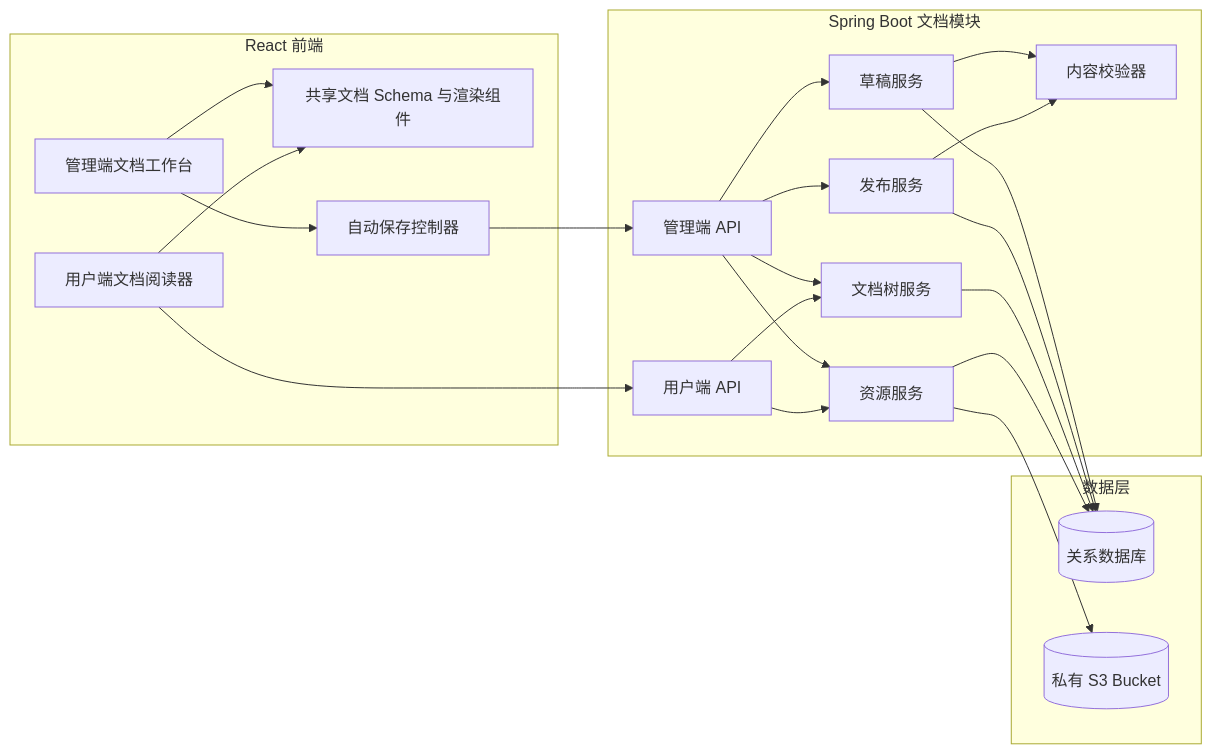
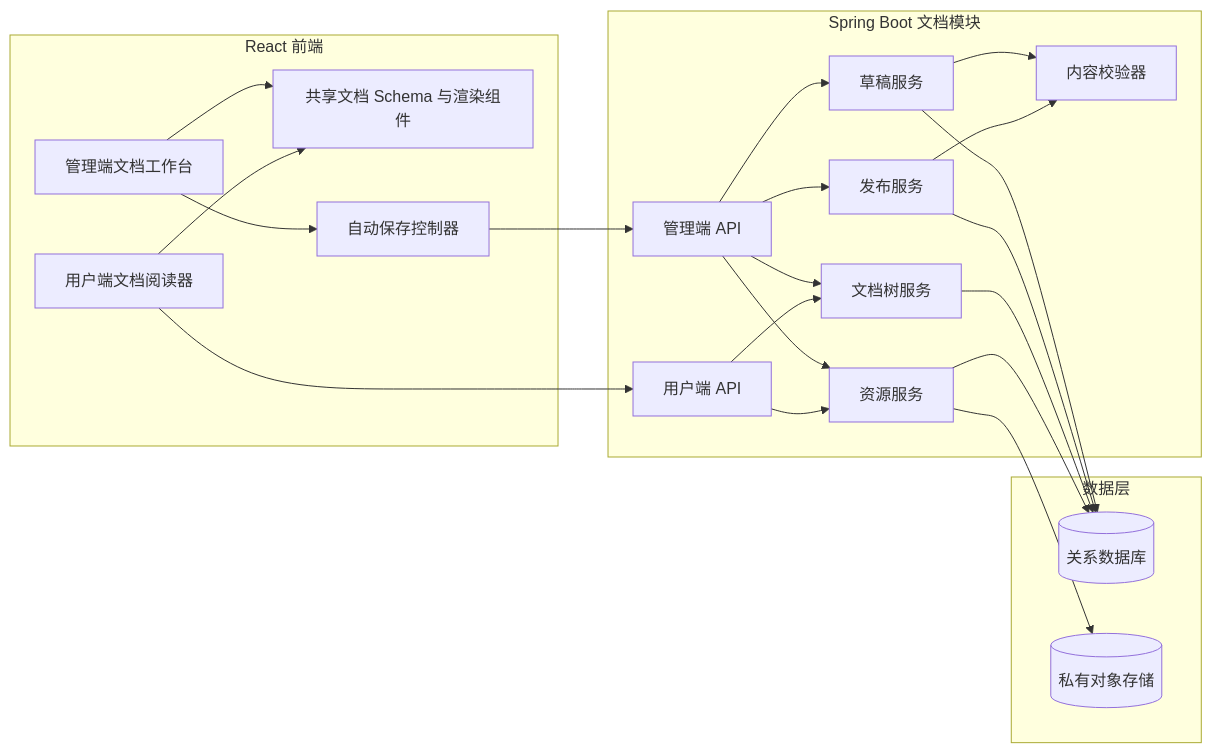
Before and after one commit to baron65/doc-editor: the diagram in docs/superpowers/specs/2026-07-01-document-publishing-technical-research.md, drawn with Mermaid. The commit also changed other lines of this file, not shown here.

````diff
--- a/docs/superpowers/specs/2026-07-01-document-publishing-technical-research.md
+++ b/docs/superpowers/specs/2026-07-01-document-publishing-technical-research.md
@@ -40,43 +75,43 @@
 ```mermaid
 flowchart LR
     subgraph FE[React 前端]
         Admin[管理端文档工作台]
         Reader[用户端文档阅读器]
         Schema[共享文档 Schema 与渲染组件]
         AutoSave[自动保存控制器]
         Admin --> Schema
         Reader --> Schema
         Admin --> AutoSave
     end
 
     subgraph BE[Spring Boot 文档模块]
         AdminApi[管理端 API]
         UserApi[用户端 API]
         DraftService[草稿服务]
         PublishService[发布服务]
         TreeService[文档树服务]
         AssetService[资源服务]
         Validator[内容校验器]
         AdminApi --> DraftService
         AdminApi --> PublishService
         AdminApi --> TreeService
         AdminApi --> AssetService
         UserApi --> TreeService
         UserApi --> AssetService
         DraftService --> Validator
         PublishService --> Validator
     end
 
     subgraph DATA[数据层]
         DB[(关系数据库)]
-        S3[(私有 S3 Bucket)]
+        Storage[(私有对象存储)]
     end
 
     AutoSave --> AdminApi
     Reader --> UserApi
     DraftService --> DB
     PublishService --> DB
     TreeService --> DB
     AssetService --> DB
-    AssetService --> S3
+    AssetService --> Storage
 ```
````
